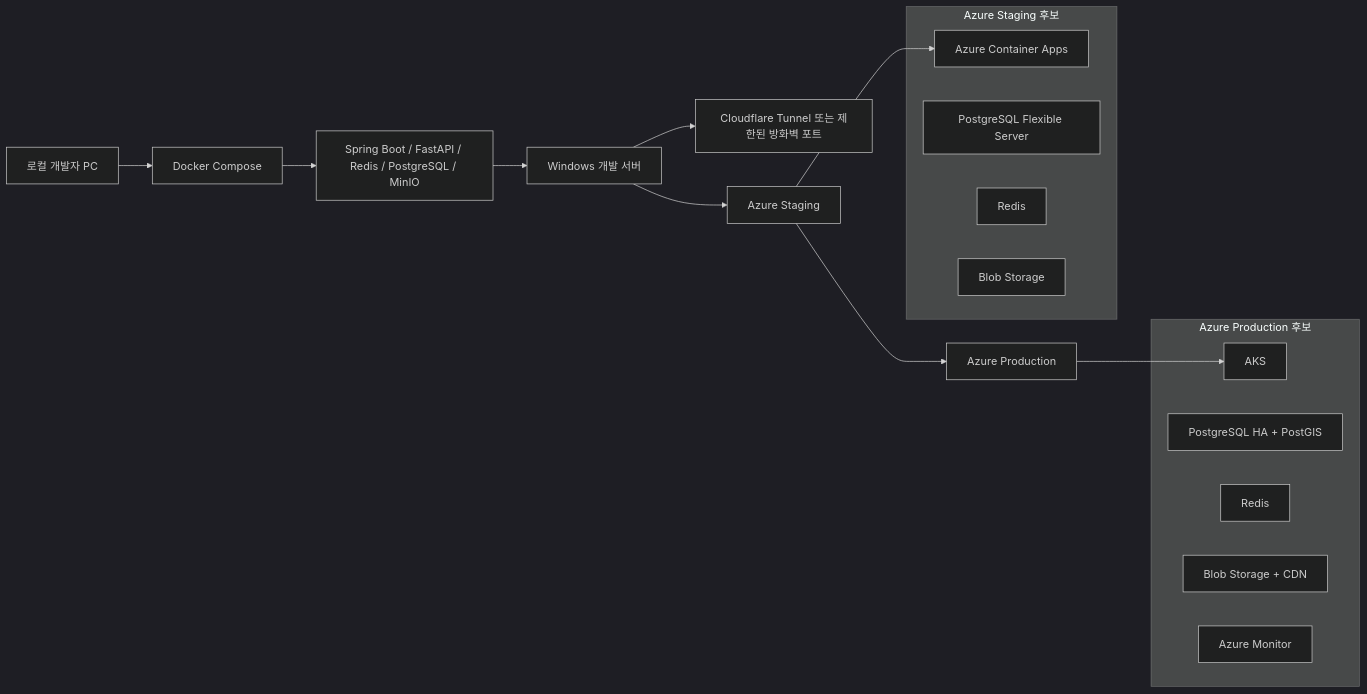
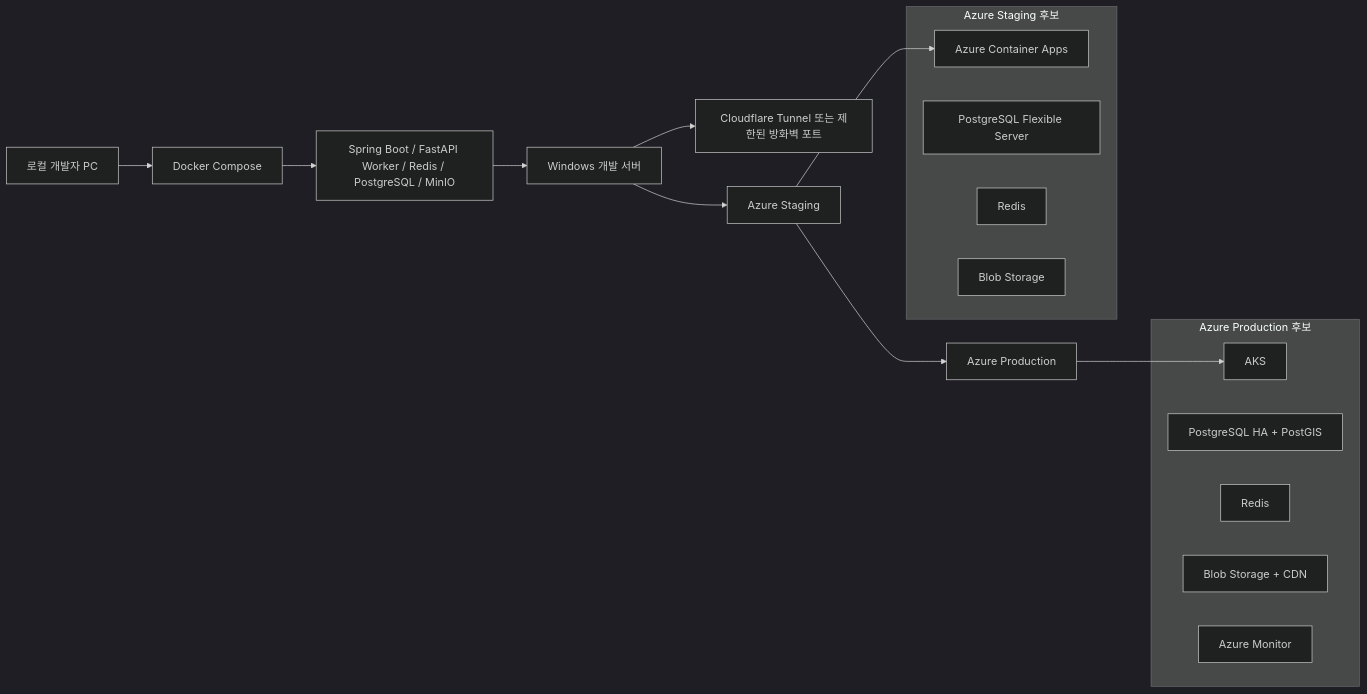
Before and after one commit to Onieum/ONMU: the third of 3 diagrams in docs/architecture/current-architecture-diagram.md, drawn with Mermaid (dark theme). The commit also changed other lines of this file and 6 other files, not shown here.

````diff
--- a/docs/architecture/current-architecture-diagram.md
+++ b/docs/architecture/current-architecture-diagram.md
@@ -149,29 +149,29 @@
 ```mermaid
 flowchart LR
     local["로컬 개발자 PC"] --> compose["Docker Compose"]
-    compose --> localApi["Spring Boot / FastAPI / Redis / PostgreSQL / MinIO"]
+    compose --> localApi["Spring Boot / FastAPI Worker / Redis / PostgreSQL / MinIO"]
 
     localApi --> devServer["Windows 개발 서버"]
     devServer --> tunnel["Cloudflare Tunnel 또는 제한된 방화벽 포트"]
 
     devServer --> staging["Azure Staging"]
     staging --> prod["Azure Production"]
 
     subgraph stagingBox["Azure Staging 후보"]
         aca["Azure Container Apps"]
         pgStaging["PostgreSQL Flexible Server"]
         redisStaging["Redis"]
         blobStaging["Blob Storage"]
     end
 
     subgraph prodBox["Azure Production 후보"]
         aks["AKS"]
         pgProd["PostgreSQL HA + PostGIS"]
         redisProd["Redis"]
         blobProd["Blob Storage + CDN"]
         monitorProd["Azure Monitor"]
     end
 
     staging --> aca
     prod --> aks
 ```
````
